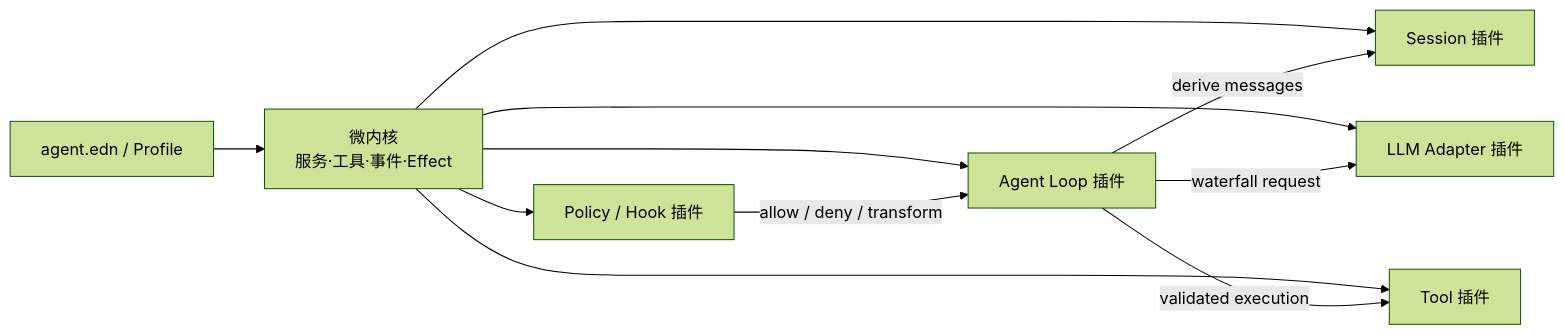
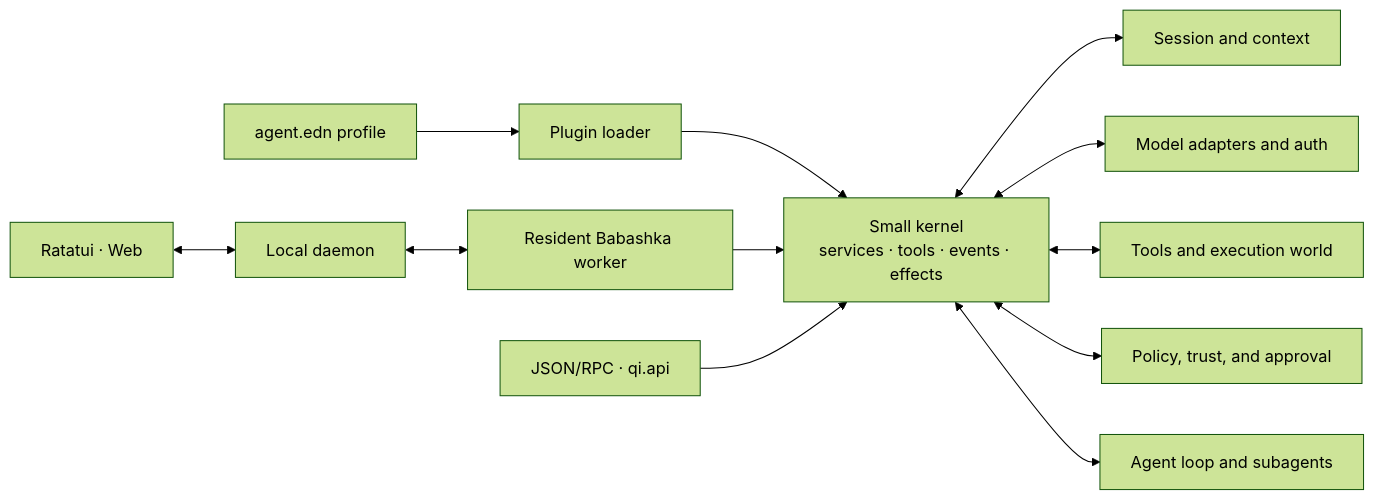
One commit to rainmote/qi-agent changed the diagram in README.md. Above: the diagram before and after it, drawn with Mermaid (forest theme). The commit also changed other lines of this file and 4 other files, not shown here.

````diff
--- a/README.md
+++ b/README.md
@@ -7,13 +74,16 @@
 ```mermaid
 flowchart LR
-  C["agent.edn / Profile"] --> H["微内核\n服务·工具·事件·Effect"]
-  H --> S["Session 插件"]
-  H --> L["LLM Adapter 插件"]
-  H --> T["Tool 插件"]
-  H --> P["Policy / Hook 插件"]
-  H --> A["Agent Loop 插件"]
-  A -->|"derive messages"| S
-  A -->|"waterfall request"| L
-  A -->|"validated execution"| T
-  P -->|"allow / deny / transform"| A
+  P["agent.edn profile"] --> L["Plugin loader"]
+  L --> K["Small kernel\nservices · tools · events · effects"]
+
+  K <--> S["Session and context"]
+  K <--> M["Model adapters and auth"]
+  K <--> T["Tools and execution world"]
+  K <--> G["Policy, trust, and approval"]
+  K <--> A["Agent loop and subagents"]
+
+  U["Ratatui · Web"] <--> D["Local daemon"]
+  D <--> W["Resident Babashka worker"]
+  W --> K
+  E["JSON/RPC · qi.api"] --> K
 ```
````
